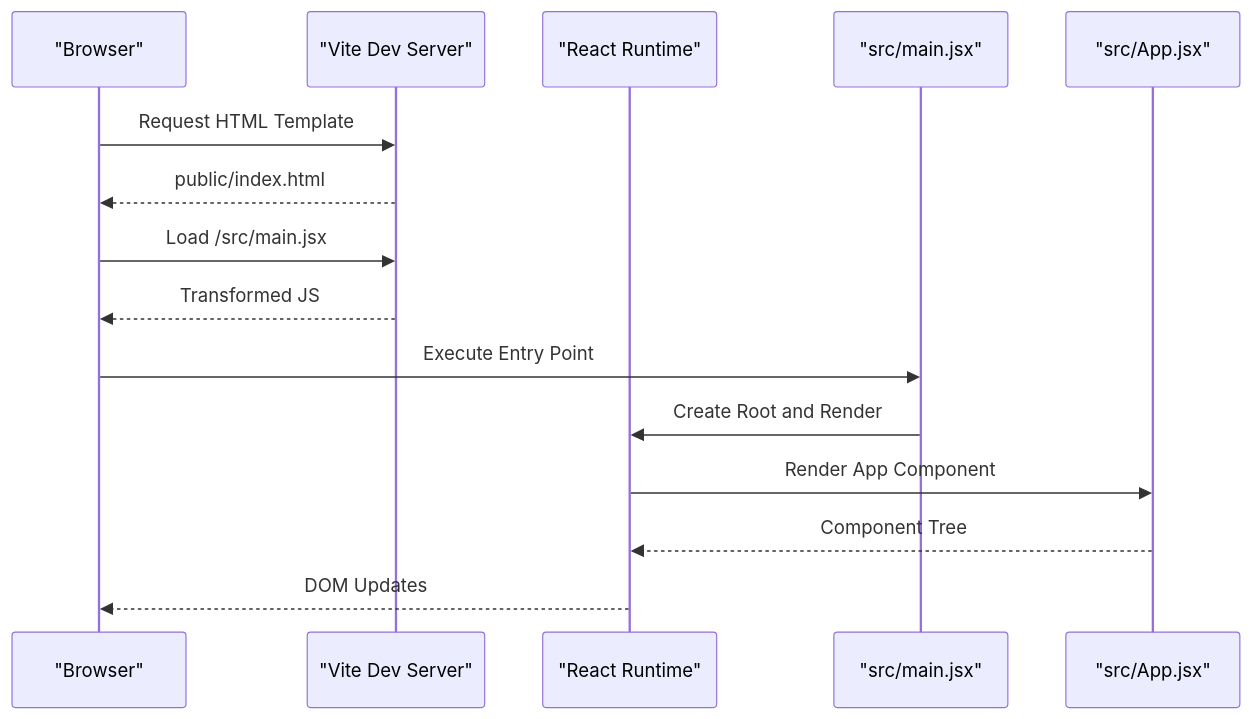
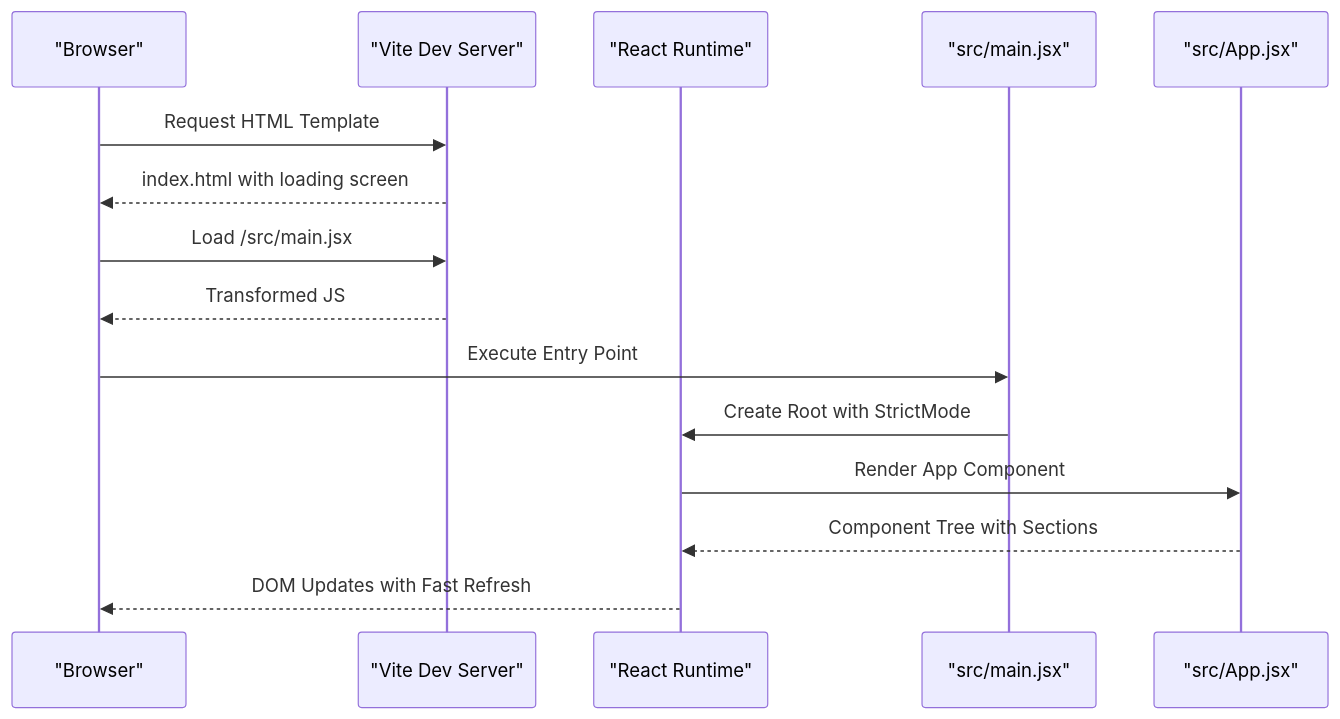
One commit to rakeshmaity271/frankie-picasso changed the fourth of 7 diagrams in .qoder/repowiki/en/content/Development Tools.md. Above: the diagram before and after it, drawn with Mermaid. The commit also changed other lines of this file and 28 other files, not shown here.

````diff
--- a/.qoder/repowiki/en/content/Development Tools.md
+++ b/.qoder/repowiki/en/content/Development Tools.md
@@ -165,17 +188,17 @@
 ```mermaid
 sequenceDiagram
 participant Browser as "Browser"
 participant Vite as "Vite Dev Server"
 participant React as "React Runtime"
 participant Entry as "src/main.jsx"
 participant App as "src/App.jsx"
 Browser->>Vite : Request HTML Template
-Vite-->>Browser : public/index.html
+Vite-->>Browser : index.html with loading screen
 Browser->>Vite : Load /src/main.jsx
 Vite-->>Browser : Transformed JS
 Browser->>Entry : Execute Entry Point
-Entry->>React : Create Root and Render
+Entry->>React : Create Root with StrictMode
 React->>App : Render App Component
-App-->>React : Component Tree
-React-->>Browser : DOM Updates
+App-->>React : Component Tree with Sections
+React-->>Browser : DOM Updates with Fast Refresh
 ```
````
